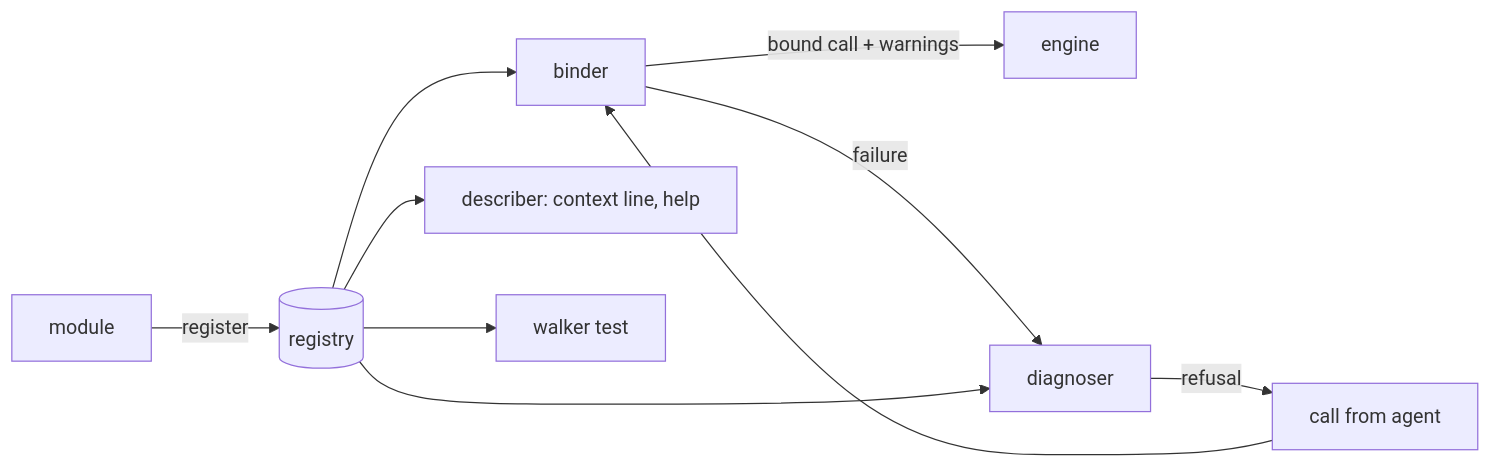
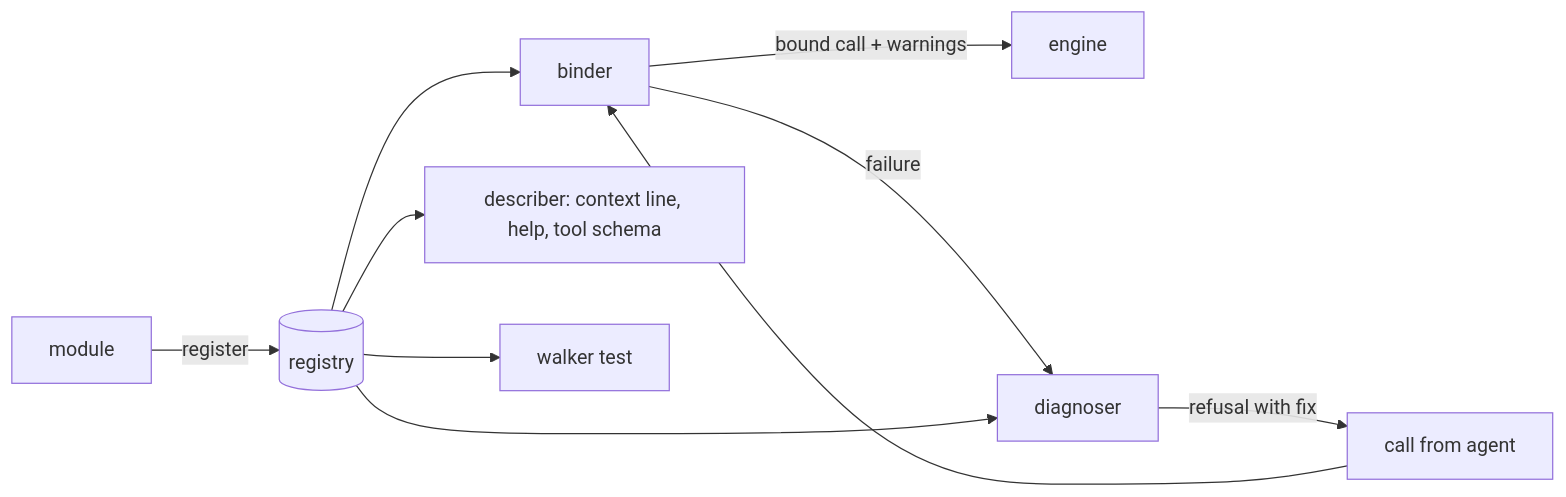
Before and after one commit to go-go-golems/go-go-parc: the diagram in Research/Software Architecture Garden/general/agent-operated-engines/01-self-describing-operation-registry.md, drawn with Mermaid. The commit also changed other lines of this file and 22 other files, not shown here.

````diff
--- a/Research/Software Architecture Garden/general/agent-operated-engines/01-self-describing-operation-registry.md
+++ b/Research/Software Architecture Garden/general/agent-operated-engines/01-self-describing-operation-registry.md
@@ -138,12 +146,12 @@
 ```mermaid
 flowchart LR
   M[module] -->|register| R[(registry)]
   C[call from agent] --> B[binder]
   R --> B
   B -->|bound call + warnings| E[engine]
   B -->|failure| D[diagnoser]
   R --> D
-  D -->|refusal| C
-  R --> H[describer: context line, help]
+  D -->|refusal with fix| C
+  R --> H[describer: context line, help, tool schema]
   R --> W[walker test]
 ```
````
